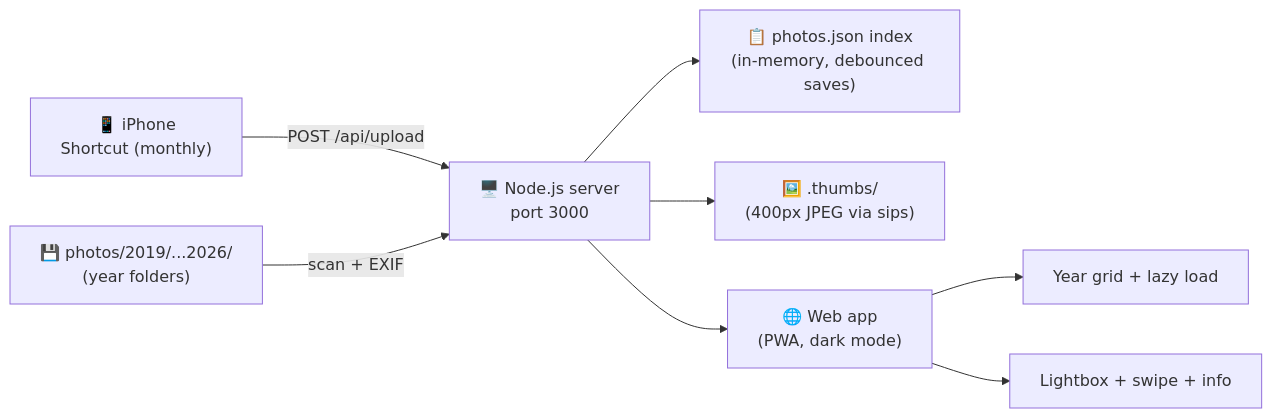
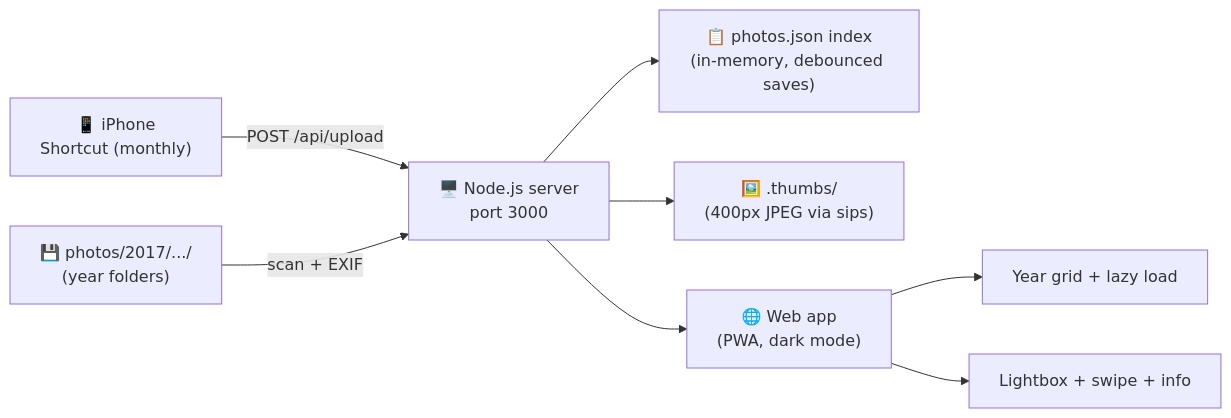
One commit to rusuraluca/my-gallery changed the first of 2 diagrams in README.md. Above: the diagram before and after it, drawn with Mermaid. The commit also changed other lines of this file and 11 other files, not shown here.

````diff
--- a/README.md
+++ b/README.md
@@ -9,10 +9,10 @@
 ```mermaid
 flowchart LR
   iPhone["📱 iPhone<br/>Shortcut (monthly)"] -->|POST /api/upload| Server["🖥️ Node.js server<br/>port 3000"]
-  Mac["💾 photos/2019/...2026/<br/>(year folders)"] -->|scan + EXIF| Server
+  Mac["💾 photos/2017/.../<br/>(year folders)"] -->|scan + EXIF| Server
   Server --> Index["📋 photos.json index<br/>(in-memory, debounced saves)"]
   Server --> Thumbs["🖼️ .thumbs/<br/>(400px JPEG via sips)"]
   Server --> Web["🌐 Web app<br/>(PWA, dark mode)"]
   Web --> Grid["Year grid + lazy load"]
   Web --> Lightbox["Lightbox + swipe + info"]
 ```
````
